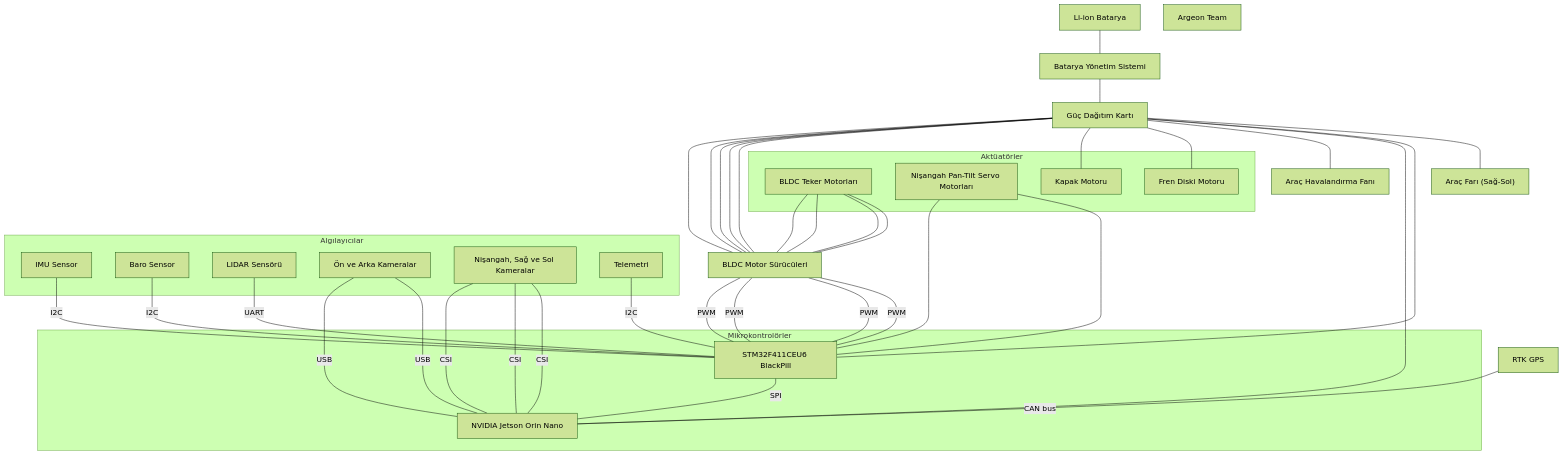
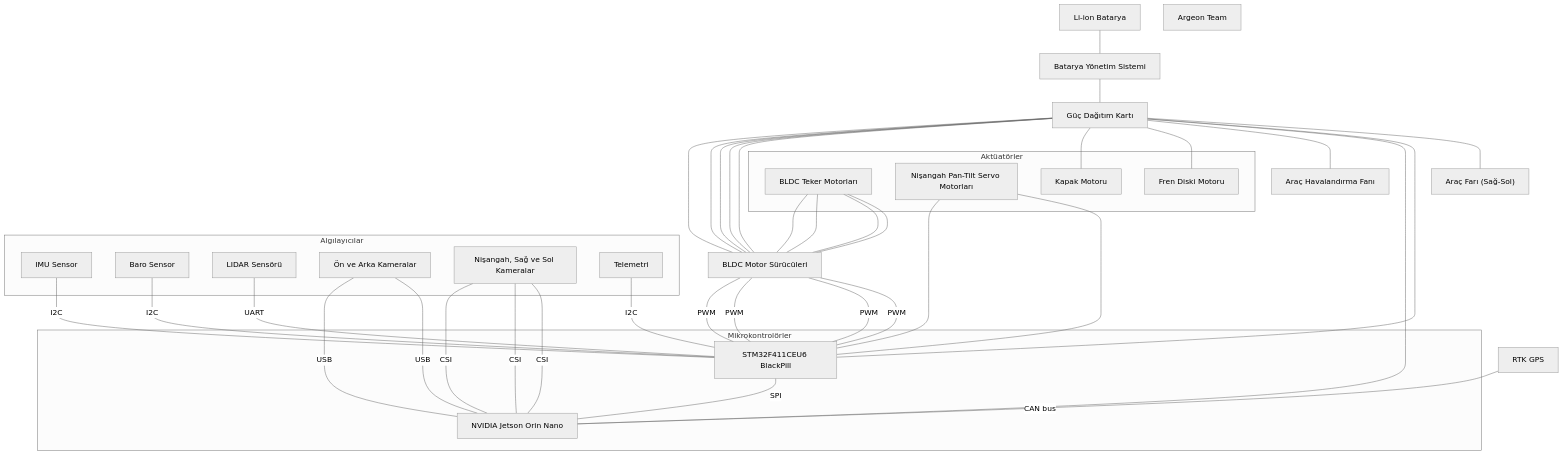
Before and after one commit to ahmetsalihbalandi/autopilot: the diagram in autopilot_diagram.md, drawn with Mermaid.

````diff
--- a/autopilot_diagram.md
+++ b/autopilot_diagram.md
@@ -1,46 +1,46 @@
 ```mermaid
 ---
 config:
-  theme: forest
+  theme: neutral
 ---
 flowchart TD
  subgraph s1["Mikrokontrolörler"]
         Jetson_Nano["NVIDIA Jetson Orin Nano"]
         STM["STM32F411CEU6 BlackPill"]
   end
  subgraph s2["Algılayıcılar"]
         IMU["IMU Sensor"]
         Baro["Baro Sensor"]
         LIDAR["LIDAR Sensörü"]
         Camera1["Ön ve Arka Kameralar"]
 	Camera2["Nişangah, Sağ ve Sol Kameralar"]
         Telemetry["Telemetri"]
   end
  subgraph s3["Aktüatörler"]
         Motors["BLDC Teker Motorları"]
         sMotors["Nişangah Pan-Tilt Servo Motorları"]
 	fMotor["Fren Diski Motoru"]
 	kMotor["Kapak Motoru"]
   end
     Motors --- Drivers["BLDC Motor Sürücüleri"] & Drivers & Drivers & Drivers
     Battery["Li-ion Batarya"] --- BMS["Batarya Yönetim Sistemi"]
     BMS["Batarya Yönetim Sistemi"] --- Distributor["Güç Dağıtım Kartı"]
     Distributor & Distributor & Distributor & Distributor & Distributor --- Drivers
     Distributor --- kMotor & fMotor
     Distributor --- Havalandırma["Araç Havalandırma Fanı"]
     Drivers -- PWM --- STM & STM & STM & STM
     LIDAR -- UART --- STM
     IMU -- I2C --- STM
     Baro -- I2C --- STM
     Telemetry -- I2C --- STM
     GPS["RTK GPS"] -- CAN bus --- Jetson_Nano
     Camera1 & Camera1 -- USB --- Jetson_Nano
     Camera2 & Camera2 & Camera2 -- CSI --- Jetson_Nano
     STM -- SPI --- Jetson_Nano
     Distributor --- Jetson_Nano
     Distributor --- STM
     Distributor --- Far["Araç Farı (Sağ-Sol)"]
     sMotors --- STM & STM
 classDef footer fill:none,stroke:none,color:#000, font-style:italic;
 footer["Argeon Team"]
 ```
````
